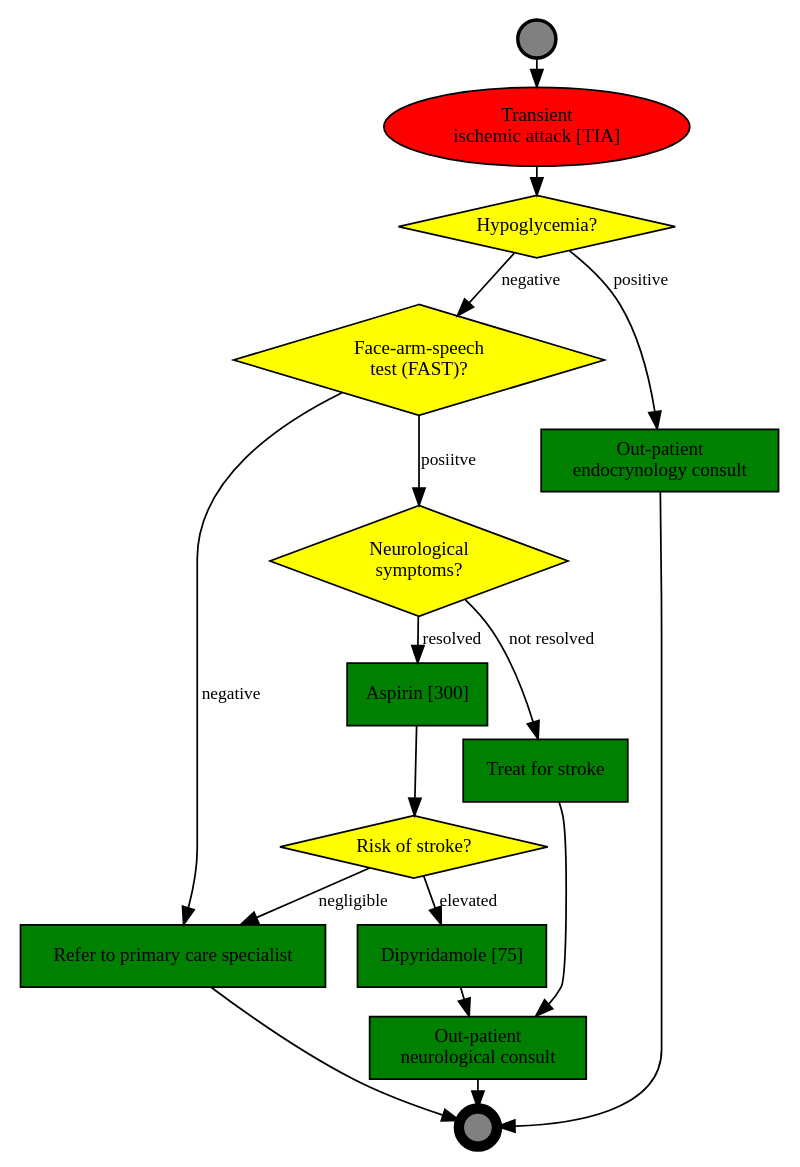
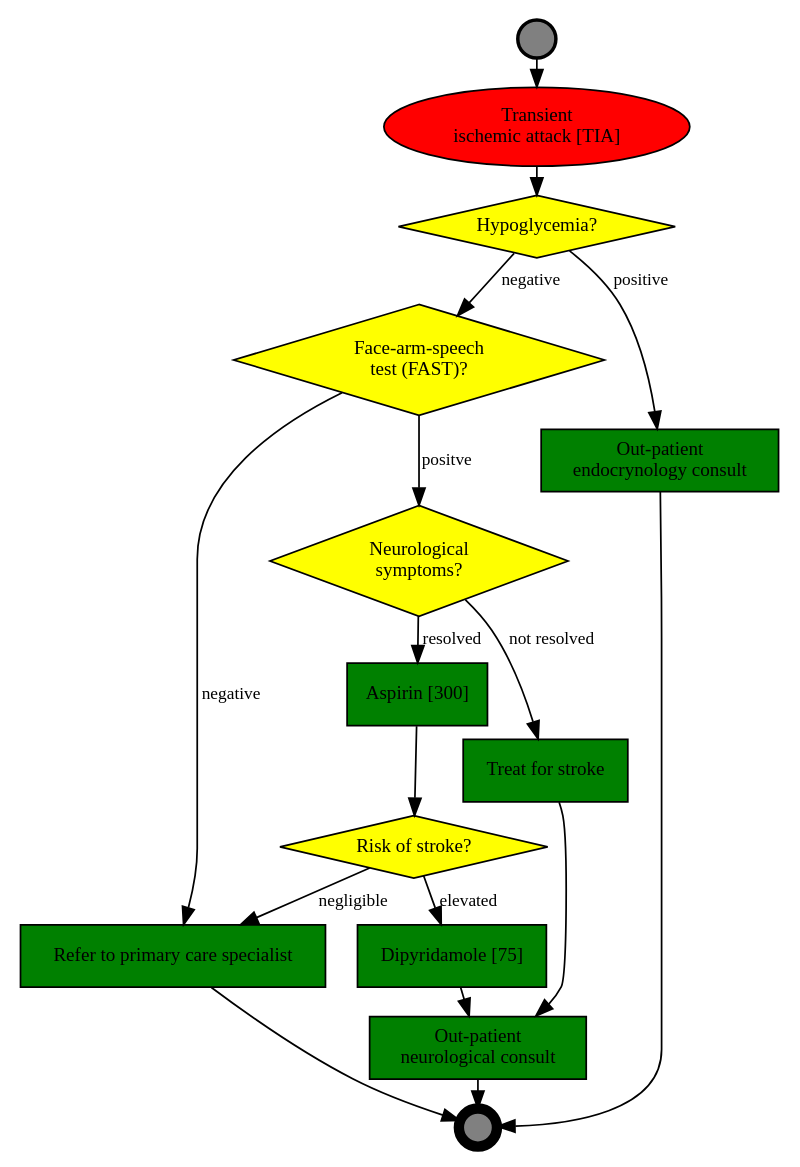
One commit to dradka/Program changed the diagram in algorytmy/tia.dot. Above: the diagram before and after it, drawn with Graphviz. The commit also changed 1 other file, not shown here.

```diff
--- a/algorytmy/tia.dot
+++ b/algorytmy/tia.dot
@@ -1,45 +1,45 @@
 // TIA - transient ischemic attack (KR4HC 2014)
 
 digraph TIA {
 	ranksep=0.1;
 node [shape=box, style=filled, fillcolor=green, fontname=Calibri, fontsize=11];
 edge [fontname="Calibri Italic", fontsize=10];
 
 // Context
 c_tia [label="Transient \n ischemic attack [TIA]", shape=oval, style=filled, fillcolor=red];
 
 // Decisions
 d_hypoglycemia [shape=diamond, fillcolor=yellow, label="Hypoglycemia?"];
 d_fast [shape=diamond, fillcolor=yellow, label="Face-arm-speech \n test (FAST)?"];
 d_neuro_symptoms [shape=diamond, fillcolor=yellow, label="Neurological \n symptoms?"];
 d_stroke_risk [shape=diamond, fillcolor=yellow, label="Risk of stroke?"];
 
 // Actions
 a_prim_care_specialit [label="Refer to primary care specialist"];
 a_aspirin [label="Aspirin [300]"];
 a_dipyridamole [label="Dipyridamole [75]"];
 a_treat_stroke [label="Treat for stroke"];
 a_endo_consult [label="Out-patient \n endocrynology consult"];
 a_neuro_consult [label="Out-patient \n neurological consult"];
 
 // Event nodes
 e_start [shape=circle, label="", width=0.3, penwidth=2, fillcolor="gray"];
 e_end [shape=circle, label="", width=0.3, penwidth=6, fillcolor="gray"];
 
 e_start -> c_tia -> d_hypoglycemia;
 d_hypoglycemia -> d_fast [label=negative];
 d_hypoglycemia -> a_endo_consult [label=positive];
 a_endo_consult -> e_end;
-d_fast -> d_neuro_symptoms [label=posiitve];
+d_fast -> d_neuro_symptoms [label=positve];
 d_fast -> a_prim_care_specialit [label=negative];
 a_prim_care_specialit -> e_end;
 d_neuro_symptoms -> a_aspirin [label=resolved];
 d_neuro_symptoms -> a_treat_stroke [label="not resolved"];
 a_aspirin -> d_stroke_risk;
 d_stroke_risk -> a_prim_care_specialit [label="negligible"];
 d_stroke_risk -> a_dipyridamole [label=elevated];
 a_dipyridamole -> a_neuro_consult;
 a_treat_stroke -> a_neuro_consult;
 a_neuro_consult -> e_end;
 
 }
```
